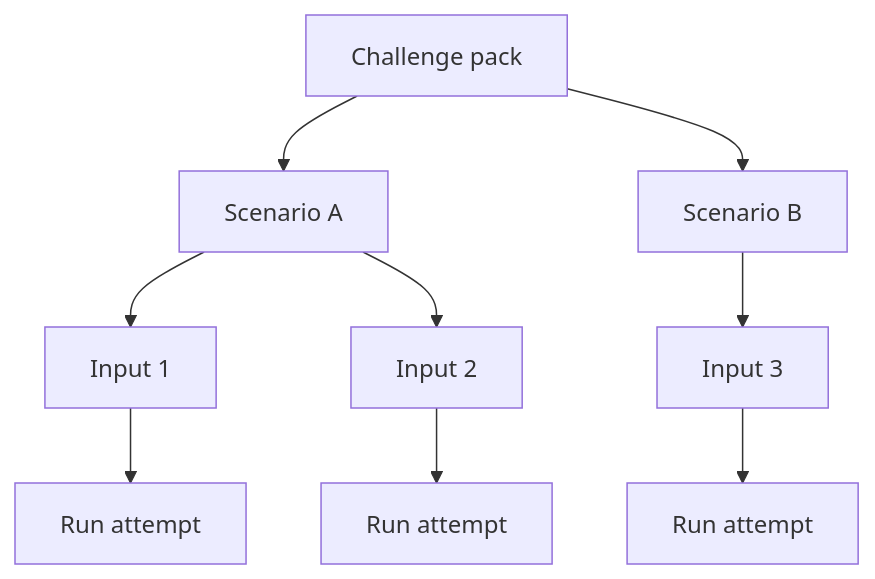
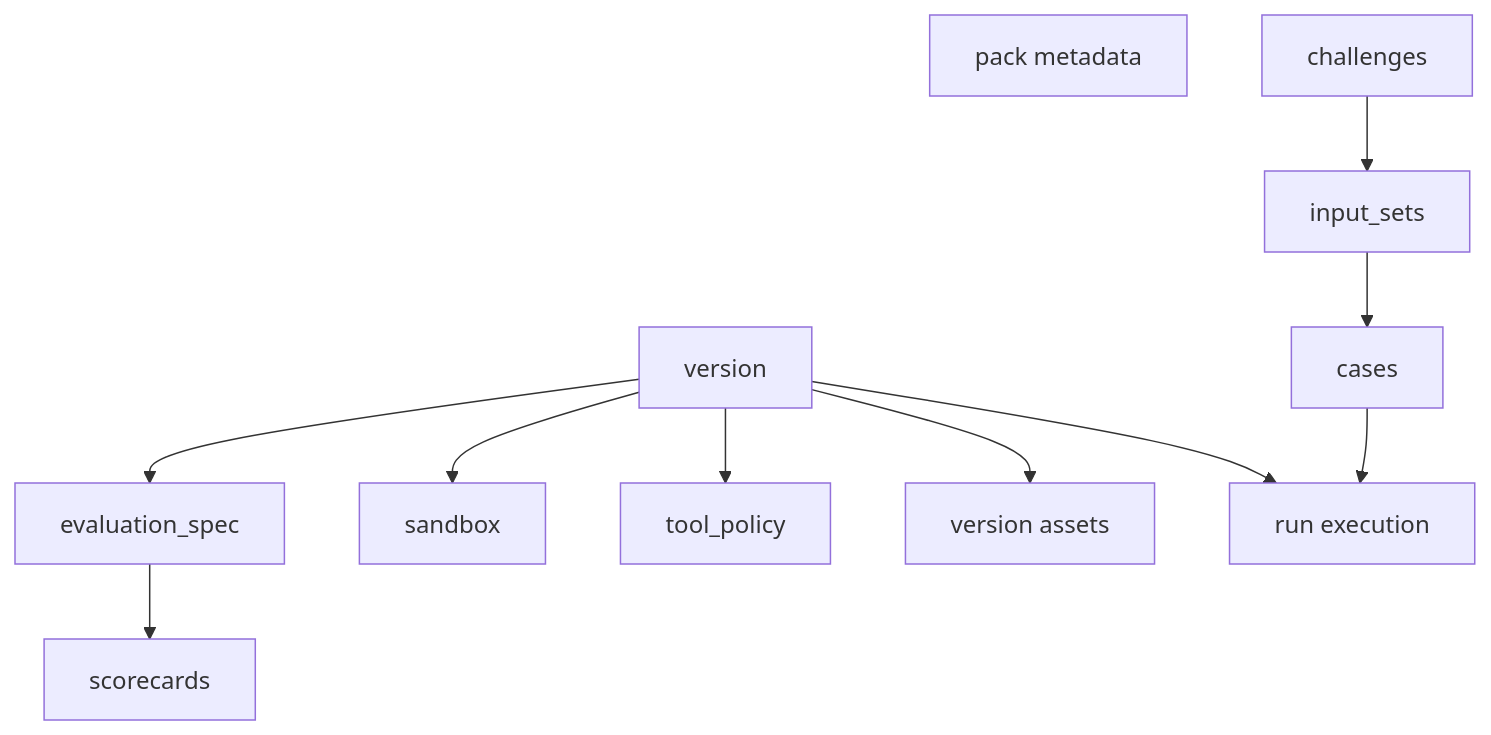
The diagram in web/content/docs/concepts/challenge-packs-and-inputs.mdx (agentclash/agentclash), drawn with Mermaid before and after one commit. The commit also changed other lines of this file and 7 other files, not shown here.

````diff
--- a/web/content/docs/concepts/challenge-packs-and-inputs.mdx
+++ b/web/content/docs/concepts/challenge-packs-and-inputs.mdx
@@ -26,12 +39,14 @@
 ```mermaid
 flowchart TD
-  CP[Challenge pack]
-  CP --> S1[Scenario A]
-  CP --> S2[Scenario B]
-  S1 --> I1[Input 1]
-  S1 --> I2[Input 2]
-  S2 --> I3[Input 3]
-  I1 --> R1[Run attempt]
-  I2 --> R2[Run attempt]
-  I3 --> R3[Run attempt]
+  P[pack metadata]
+  V[version]
+  V --> ES[evaluation_spec]
+  V --> SB[sandbox]
+  V --> TP[tool_policy]
+  V --> AS[version assets]
+  C[challenges] --> IS[input_sets]
+  IS --> CASES[cases]
+  V --> RUN[run execution]
+  CASES --> RUN
+  ES --> SCORE[scorecards]
 ```
````
